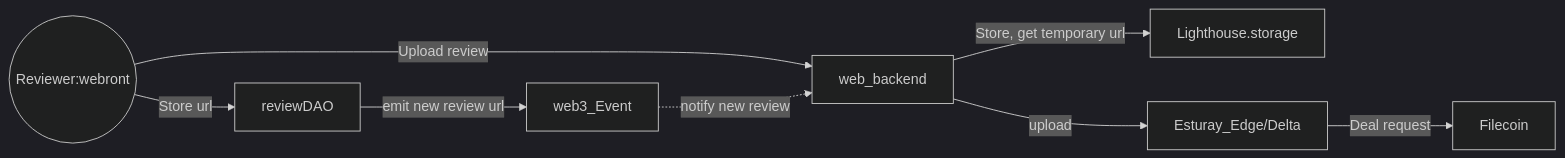
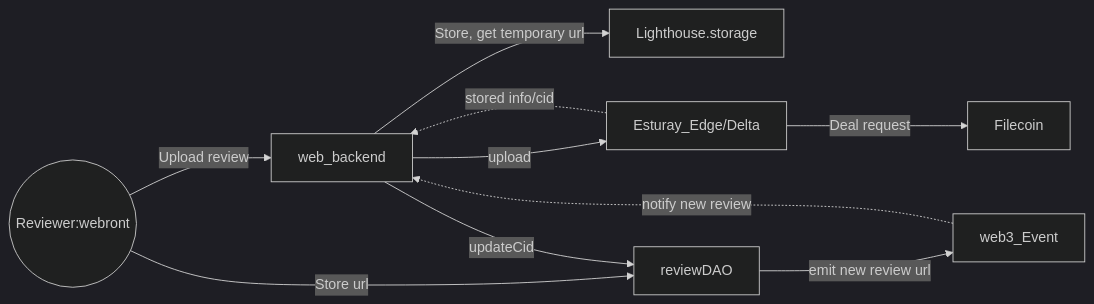
Before and after one commit to TrustedDataGraph/HackFS2023DataVerification: the first of 4 diagrams in README.md, drawn with Mermaid (dark theme). The commit also changed 3 other files, not shown here.

````diff
--- a/README.md
+++ b/README.md
@@ -10,11 +10,13 @@
 ```mermaid 
 graph LR
     Reviewer((Reviewer:webront)) -->|Upload review| web_backend
     web_backend -->|Store, get temporary url| Lighthouse.storage
     Reviewer -->|Store url| reviewDAO
     reviewDAO -->|emit new review url| web3_Event
     web3_Event -.->|notify new review| web_backend
     web_backend -->|upload | Esturay_Edge/Delta
+    Esturay_Edge/Delta -.->|stored info/cid| web_backend
+    web_backend -->|updateCid | reviewDAO
     Esturay_Edge/Delta -->|Deal request| Filecoin
 
 ```
````
